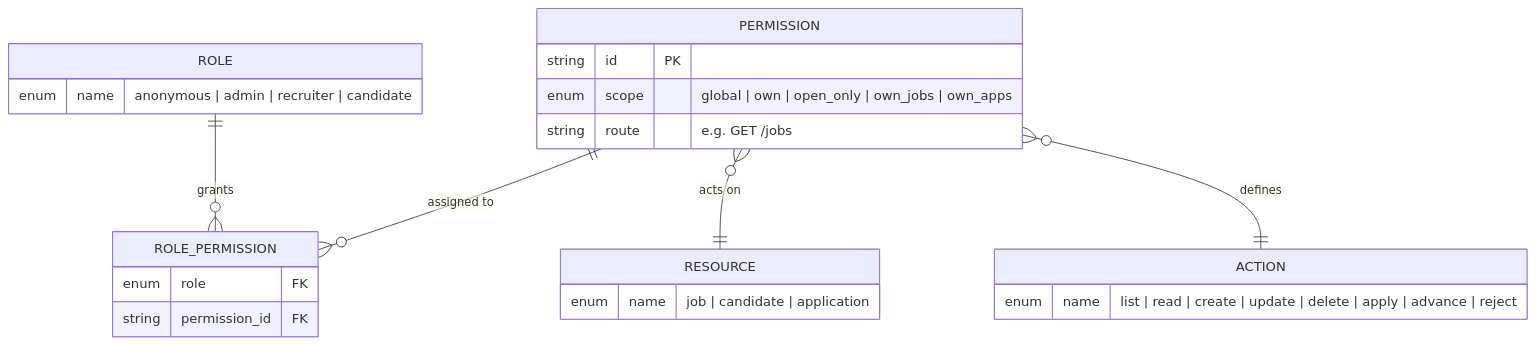
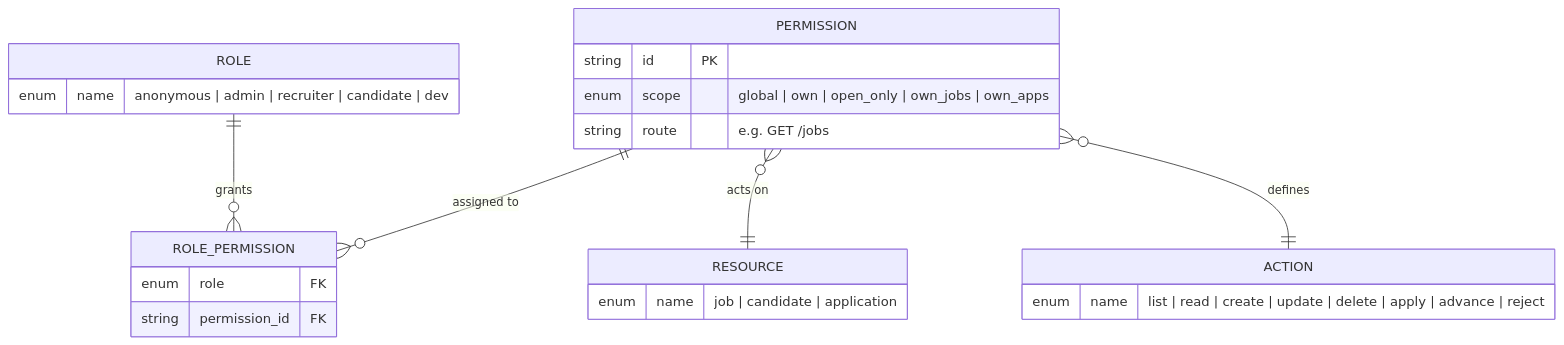
The second of 4 diagrams in docs/adr/0004-authorization.md (ayoubmehd/ats), drawn with Mermaid before and after one commit. The commit also changed other lines of this file and 10 other files, not shown here.

````diff
--- a/docs/adr/0004-authorization.md
+++ b/docs/adr/0004-authorization.md
@@ -56,30 +56,30 @@
 ```mermaid
 erDiagram
     ROLE ||--o{ ROLE_PERMISSION : grants
     PERMISSION ||--o{ ROLE_PERMISSION : "assigned to"
     PERMISSION }o--|| RESOURCE : "acts on"
     PERMISSION }o--|| ACTION : defines
 
     ROLE {
-        enum name "anonymous | admin | recruiter | candidate"
+        enum name "anonymous | admin | recruiter | candidate | dev"
     }
 
     RESOURCE {
         enum name "job | candidate | application"
     }
 
     ACTION {
         enum name "list | read | create | update | delete | apply | advance | reject"
     }
 
     PERMISSION {
         string id PK
         enum scope "global | own | open_only | own_jobs | own_apps"
         string route "e.g. GET /jobs"
     }
 
     ROLE_PERMISSION {
         enum role FK
         string permission_id FK
     }
 ```
````
